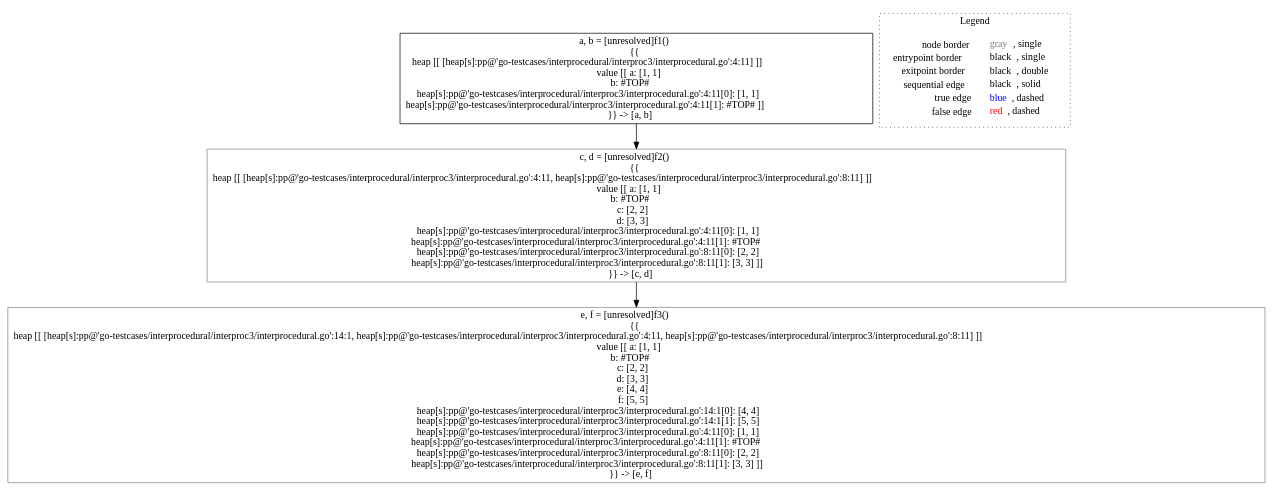
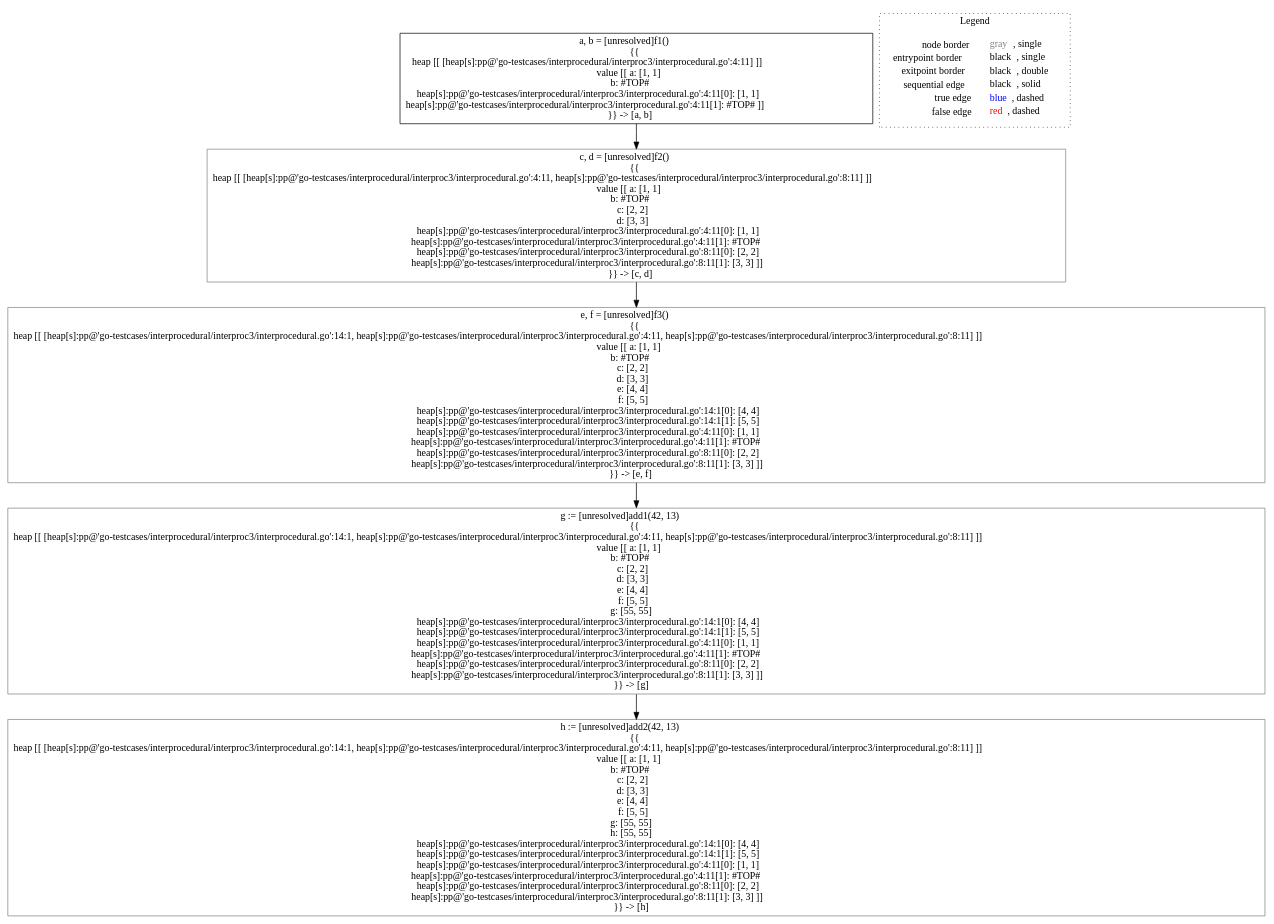
One commit to lisa-analyzer/go-lisa changed the diagram in go-lisa/go-testcases/interprocedural/interproc3/analysis___untyped_~LiSAProgram.main().dot. Above: the diagram before and after it, drawn with Graphviz. The commit also changed 10 other files, not shown here.

```diff
--- a/go-lisa/go-testcases/interprocedural/interproc3/analysis___untyped_~LiSAProgram.main().dot
+++ b/go-lisa/go-testcases/interprocedural/interproc3/analysis___untyped_~LiSAProgram.main().dot
@@ -1,14 +1,18 @@
 digraph {
 	"node0" [shape="rect",color="black",label=<a, b = [unresolved]f1()<BR/>{{<BR/>heap [[ [heap[s]:pp@'go-testcases/interprocedural/interproc3/interprocedural.go':4:11] ]]<BR/>value [[ a: [1, 1]<BR/>b: #TOP#<BR/>heap[s]:pp@'go-testcases/interprocedural/interproc3/interprocedural.go':4:11[0]: [1, 1]<BR/>heap[s]:pp@'go-testcases/interprocedural/interproc3/interprocedural.go':4:11[1]: #TOP# ]]<BR/>}} -&gt; [a, b]>];
-	"node1" [shape="rect",color="gray",label=<e, f = [unresolved]f3()<BR/>{{<BR/>heap [[ [heap[s]:pp@'go-testcases/interprocedural/interproc3/interprocedural.go':14:1, heap[s]:pp@'go-testcases/interprocedural/interproc3/interprocedural.go':4:11, heap[s]:pp@'go-testcases/interprocedural/interproc3/interprocedural.go':8:11] ]]<BR/>value [[ a: [1, 1]<BR/>b: #TOP#<BR/>c: [2, 2]<BR/>d: [3, 3]<BR/>e: [4, 4]<BR/>f: [5, 5]<BR/>heap[s]:pp@'go-testcases/interprocedural/interproc3/interprocedural.go':14:1[0]: [4, 4]<BR/>heap[s]:pp@'go-testcases/interprocedural/interproc3/interprocedural.go':14:1[1]: [5, 5]<BR/>heap[s]:pp@'go-testcases/interprocedural/interproc3/interprocedural.go':4:11[0]: [1, 1]<BR/>heap[s]:pp@'go-testcases/interprocedural/interproc3/interprocedural.go':4:11[1]: #TOP#<BR/>heap[s]:pp@'go-testcases/interprocedural/interproc3/interprocedural.go':8:11[0]: [2, 2]<BR/>heap[s]:pp@'go-testcases/interprocedural/interproc3/interprocedural.go':8:11[1]: [3, 3] ]]<BR/>}} -&gt; [e, f]>];
+	"node1" [shape="rect",color="gray",label=<h := [unresolved]add2(42, 13)<BR/>{{<BR/>heap [[ [heap[s]:pp@'go-testcases/interprocedural/interproc3/interprocedural.go':14:1, heap[s]:pp@'go-testcases/interprocedural/interproc3/interprocedural.go':4:11, heap[s]:pp@'go-testcases/interprocedural/interproc3/interprocedural.go':8:11] ]]<BR/>value [[ a: [1, 1]<BR/>b: #TOP#<BR/>c: [2, 2]<BR/>d: [3, 3]<BR/>e: [4, 4]<BR/>f: [5, 5]<BR/>g: [55, 55]<BR/>h: [55, 55]<BR/>heap[s]:pp@'go-testcases/interprocedural/interproc3/interprocedural.go':14:1[0]: [4, 4]<BR/>heap[s]:pp@'go-testcases/interprocedural/interproc3/interprocedural.go':14:1[1]: [5, 5]<BR/>heap[s]:pp@'go-testcases/interprocedural/interproc3/interprocedural.go':4:11[0]: [1, 1]<BR/>heap[s]:pp@'go-testcases/interprocedural/interproc3/interprocedural.go':4:11[1]: #TOP#<BR/>heap[s]:pp@'go-testcases/interprocedural/interproc3/interprocedural.go':8:11[0]: [2, 2]<BR/>heap[s]:pp@'go-testcases/interprocedural/interproc3/interprocedural.go':8:11[1]: [3, 3] ]]<BR/>}} -&gt; [h]>];
 	"node2" [shape="rect",color="gray",label=<c, d = [unresolved]f2()<BR/>{{<BR/>heap [[ [heap[s]:pp@'go-testcases/interprocedural/interproc3/interprocedural.go':4:11, heap[s]:pp@'go-testcases/interprocedural/interproc3/interprocedural.go':8:11] ]]<BR/>value [[ a: [1, 1]<BR/>b: #TOP#<BR/>c: [2, 2]<BR/>d: [3, 3]<BR/>heap[s]:pp@'go-testcases/interprocedural/interproc3/interprocedural.go':4:11[0]: [1, 1]<BR/>heap[s]:pp@'go-testcases/interprocedural/interproc3/interprocedural.go':4:11[1]: #TOP#<BR/>heap[s]:pp@'go-testcases/interprocedural/interproc3/interprocedural.go':8:11[0]: [2, 2]<BR/>heap[s]:pp@'go-testcases/interprocedural/interproc3/interprocedural.go':8:11[1]: [3, 3] ]]<BR/>}} -&gt; [c, d]>];
-	"node2" -> "node1" [color="black"];
+	"node3" [shape="rect",color="gray",label=<e, f = [unresolved]f3()<BR/>{{<BR/>heap [[ [heap[s]:pp@'go-testcases/interprocedural/interproc3/interprocedural.go':14:1, heap[s]:pp@'go-testcases/interprocedural/interproc3/interprocedural.go':4:11, heap[s]:pp@'go-testcases/interprocedural/interproc3/interprocedural.go':8:11] ]]<BR/>value [[ a: [1, 1]<BR/>b: #TOP#<BR/>c: [2, 2]<BR/>d: [3, 3]<BR/>e: [4, 4]<BR/>f: [5, 5]<BR/>heap[s]:pp@'go-testcases/interprocedural/interproc3/interprocedural.go':14:1[0]: [4, 4]<BR/>heap[s]:pp@'go-testcases/interprocedural/interproc3/interprocedural.go':14:1[1]: [5, 5]<BR/>heap[s]:pp@'go-testcases/interprocedural/interproc3/interprocedural.go':4:11[0]: [1, 1]<BR/>heap[s]:pp@'go-testcases/interprocedural/interproc3/interprocedural.go':4:11[1]: #TOP#<BR/>heap[s]:pp@'go-testcases/interprocedural/interproc3/interprocedural.go':8:11[0]: [2, 2]<BR/>heap[s]:pp@'go-testcases/interprocedural/interproc3/interprocedural.go':8:11[1]: [3, 3] ]]<BR/>}} -&gt; [e, f]>];
+	"node4" [shape="rect",color="gray",label=<g := [unresolved]add1(42, 13)<BR/>{{<BR/>heap [[ [heap[s]:pp@'go-testcases/interprocedural/interproc3/interprocedural.go':14:1, heap[s]:pp@'go-testcases/interprocedural/interproc3/interprocedural.go':4:11, heap[s]:pp@'go-testcases/interprocedural/interproc3/interprocedural.go':8:11] ]]<BR/>value [[ a: [1, 1]<BR/>b: #TOP#<BR/>c: [2, 2]<BR/>d: [3, 3]<BR/>e: [4, 4]<BR/>f: [5, 5]<BR/>g: [55, 55]<BR/>heap[s]:pp@'go-testcases/interprocedural/interproc3/interprocedural.go':14:1[0]: [4, 4]<BR/>heap[s]:pp@'go-testcases/interprocedural/interproc3/interprocedural.go':14:1[1]: [5, 5]<BR/>heap[s]:pp@'go-testcases/interprocedural/interproc3/interprocedural.go':4:11[0]: [1, 1]<BR/>heap[s]:pp@'go-testcases/interprocedural/interproc3/interprocedural.go':4:11[1]: #TOP#<BR/>heap[s]:pp@'go-testcases/interprocedural/interproc3/interprocedural.go':8:11[0]: [2, 2]<BR/>heap[s]:pp@'go-testcases/interprocedural/interproc3/interprocedural.go':8:11[1]: [3, 3] ]]<BR/>}} -&gt; [g]>];
+	"node2" -> "node3" [color="black"];
+	"node3" -> "node4" [color="black"];
 	"node0" -> "node2" [color="black"];
+	"node4" -> "node1" [color="black"];
 subgraph cluster_legend {
 	label="Legend";
 	style=dotted;
 	node [shape=plaintext];
 	"legend" [label=<<table border="0" cellpadding="2" cellspacing="0" cellborder="0"><tr><td align="right">node border&nbsp;</td><td align="left"><font color="gray">gray</font>, single</td></tr><tr><td align="right">entrypoint border&nbsp;</td><td align="left"><font color="black">black</font>, single</td></tr><tr><td align="right">exitpoint border&nbsp;</td><td align="left"><font color="black">black</font>, double</td></tr><tr><td align="right">sequential edge&nbsp;</td><td align="left"><font color="black">black</font>, solid</td></tr><tr><td align="right">true edge&nbsp;</td><td align="left"><font color="blue">blue</font>, dashed</td></tr><tr><td align="right">false edge&nbsp;</td><td align="left"><font color="red">red</font>, dashed</td></tr></table>>];
 }
 
 }
```
